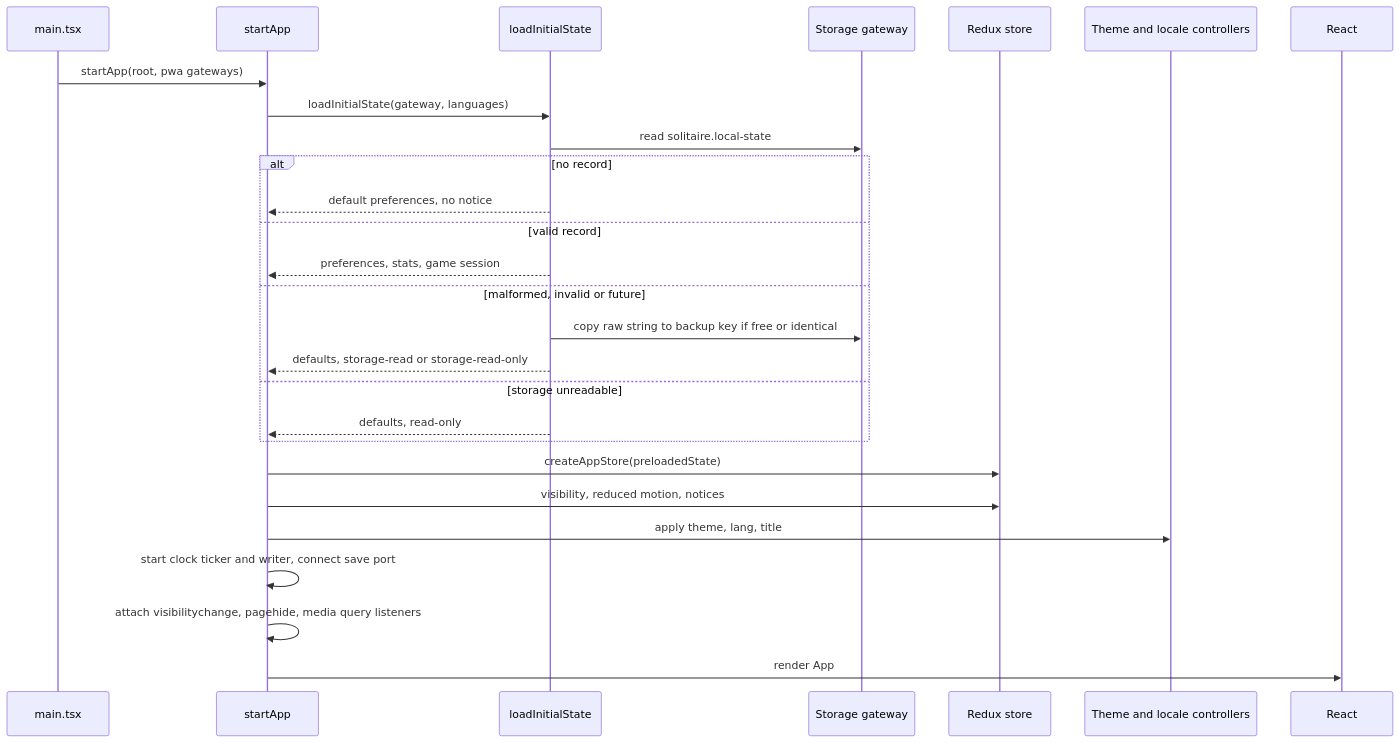
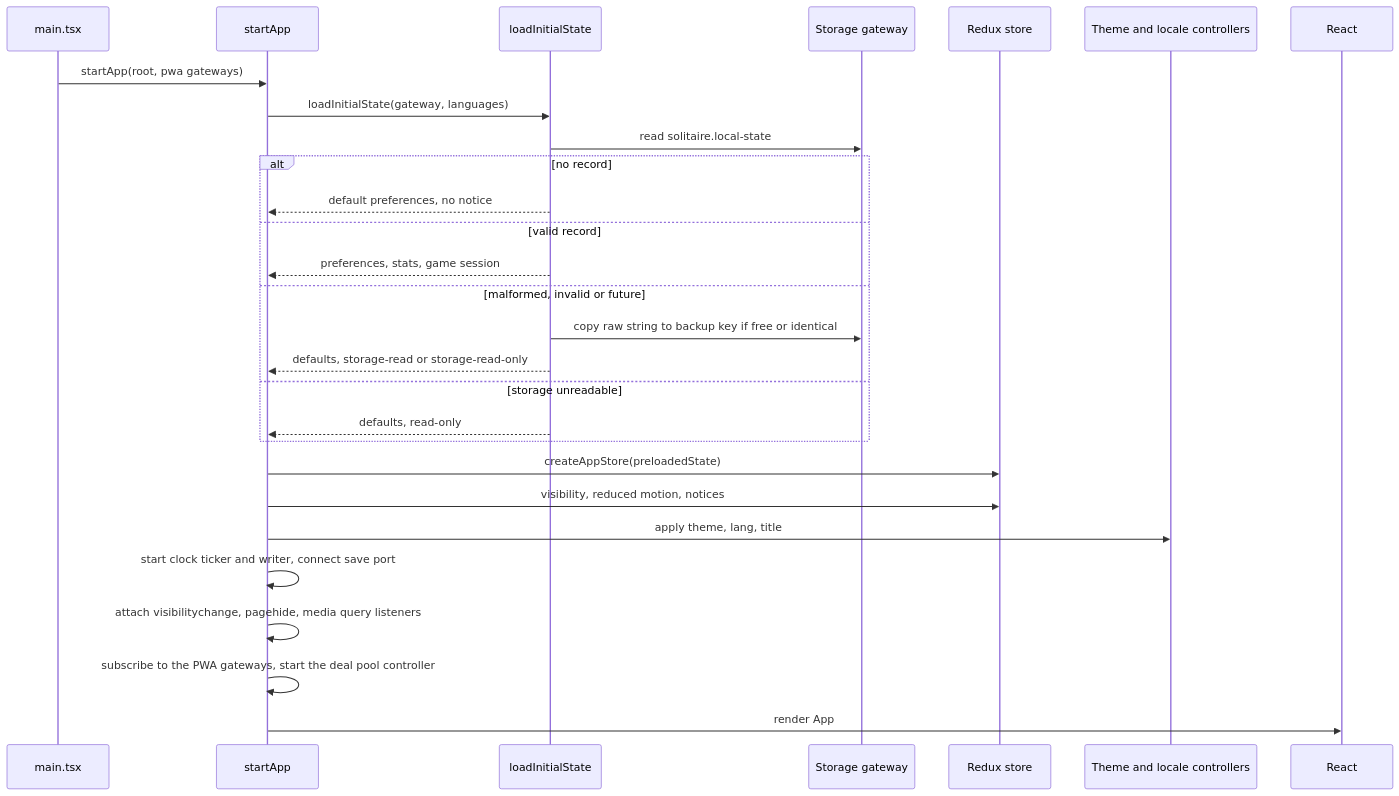
Before and after one commit to sanyokkua/solitaire: the fifth of 6 diagrams in docs/architecture/data-flows.md, drawn with Mermaid. The commit also changed other lines of this file and 422 other files, not shown here.

````diff
--- a/docs/architecture/data-flows.md
+++ b/docs/architecture/data-flows.md
@@ -140,30 +207,31 @@
 ```mermaid
 sequenceDiagram
     participant Main as main.tsx
     participant Start as startApp
     participant Load as loadInitialState
     participant GW as Storage gateway
     participant Store as Redux store
     participant Ctl as Theme and locale controllers
     participant R as React
 
     Main->>Start: startApp(root, pwa gateways)
     Start->>Load: loadInitialState(gateway, languages)
     Load->>GW: read solitaire.local-state
     alt no record
         Load-->>Start: default preferences, no notice
     else valid record
         Load-->>Start: preferences, stats, game session
     else malformed, invalid or future
         Load->>GW: copy raw string to backup key if free or identical
         Load-->>Start: defaults, storage-read or storage-read-only
     else storage unreadable
         Load-->>Start: defaults, read-only
     end
     Start->>Store: createAppStore(preloadedState)
     Start->>Store: visibility, reduced motion, notices
     Start->>Ctl: apply theme, lang, title
     Start->>Start: start clock ticker and writer, connect save port
     Start->>Start: attach visibilitychange, pagehide, media query listeners
+    Start->>Start: subscribe to the PWA gateways, start the deal pool controller
     Start->>R: render App
 ```
````
